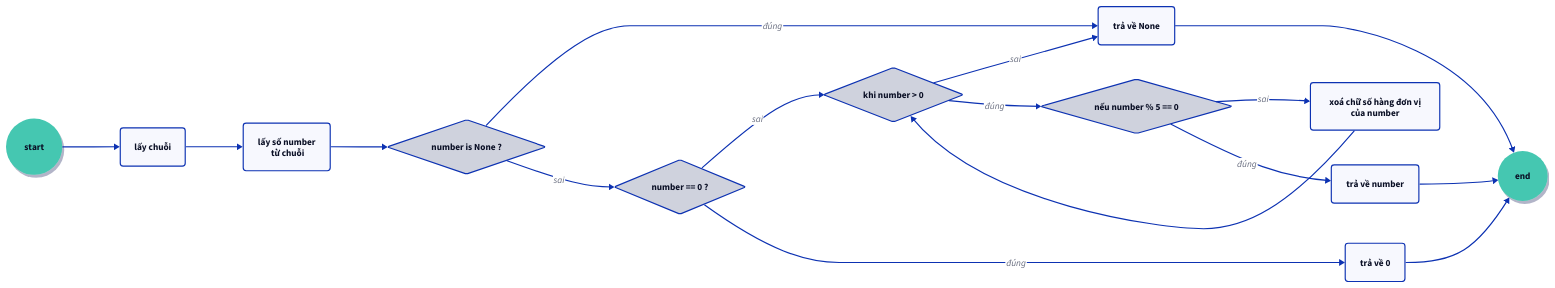
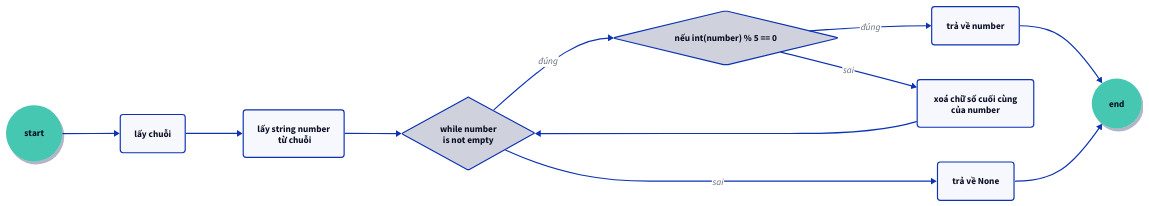
Before and after one commit to vuanhtuan1012/algorithms: the diagram in flowchart/high_school/de_2024_12_21/de1_bai3_cau2.d2, drawn with D2. The commit also changed 4 other files, not shown here.

```diff
--- a/flowchart/high_school/de_2024_12_21/de1_bai3_cau2.d2
+++ b/flowchart/high_school/de_2024_12_21/de1_bai3_cau2.d2
@@ -1,58 +1,47 @@
 # definition
 direction: right
 classes: {
   endpoint: {
     shape: circle
     style: {
       stroke-width: 0
       fill: "#44C7B1"
       shadow: true
     }
   }
 }
 **.style.border-radius: 5
 start.class: endpoint
 end.class: endpoint
 
 
 # workflow
 start -> get_string
 get_string -> get_number
-get_number -> number_is_none
-number_is_none -> return_none: đúng
-return_none -> end
-number_is_none -> number_equals_zero: sai
-number_equals_zero -> number_greater_zero: sai
-number_greater_zero -> return_none: sai
-number_greater_zero -> is_divisible_by_5: đúng
-is_divisible_by_5 -> remove_last_digit: sai
-remove_last_digit -> number_greater_zero
+get_number -> number_not_empty
+
+number_not_empty -> is_divisible_by_5: đúng
 is_divisible_by_5 -> return_number: đúng
 return_number -> end
-number_equals_zero -> return_zero: đúng
-return_zero -> end
+
+is_divisible_by_5 -> remove_last_digit: sai
+remove_last_digit -> number_not_empty
+
+number_not_empty -> return_none: sai
+return_none -> end
 
 
 # labels
 get_string: lấy chuỗi
-get_number: lấy số number\n từ chuỗi
-number_is_none: {
+get_number: lấy string number\n từ chuỗi
+number_not_empty: {
     shape: diamond
-    label: number is None ?
-}
-number_equals_zero: {
-    shape: diamond
-    label: number == 0 ?
-}
-number_greater_zero: {
-    shape: diamond
-    label: khi number > 0
+    label: while number\nis not empty
 }
 is_divisible_by_5: {
     shape: diamond
-    label: nếu number % 5 == 0
+    label: nếu int(number) % 5 == 0
 }
 return_number: trả về number
 return_none: trả về None
-return_zero: trả về 0
-remove_last_digit: xoá chữ số hàng đơn vị\ncủa number
+remove_last_digit: xoá chữ số cuối cùng\ncủa number
```
